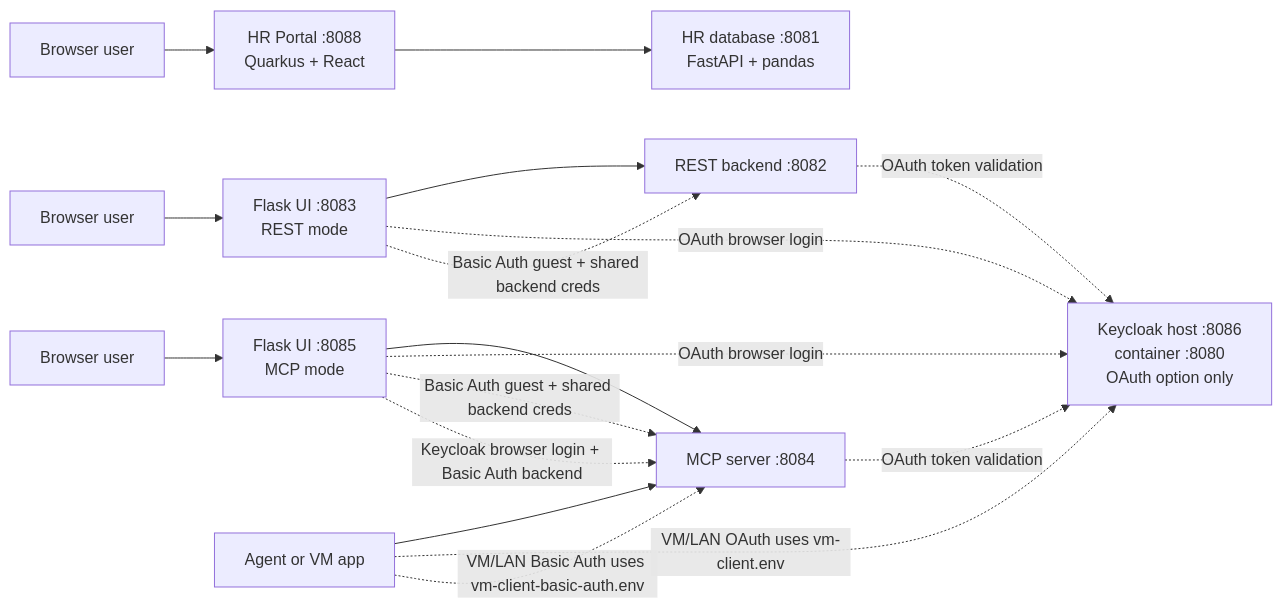
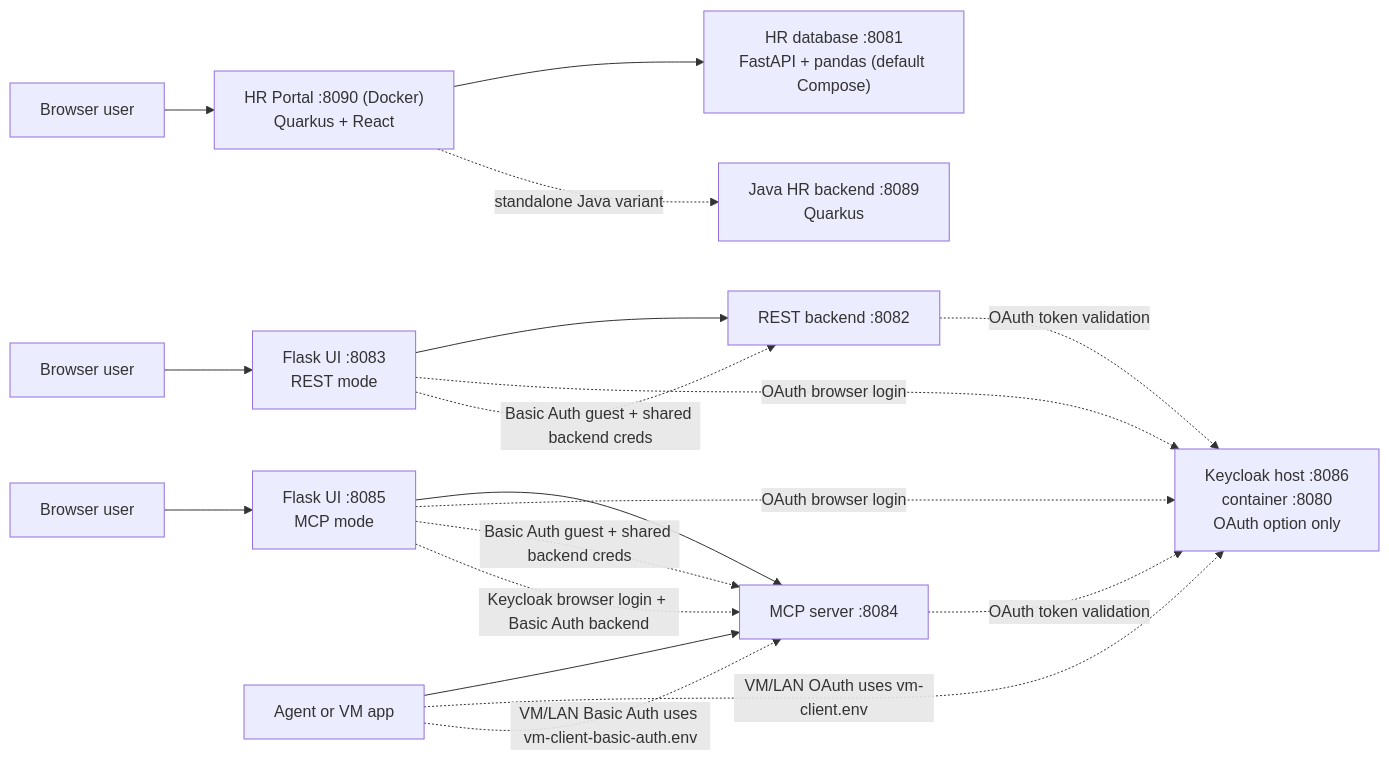
Before and after one commit to thomassuedbroecker/galaxium-travels-infrastructure-tsuedbro: the diagram in README.md, drawn with Mermaid. The commit also changed other lines of this file and 10 other files, not shown here.

First line of the commit message:
docs: align setup and architecture guides with current HR services

````diff
--- a/README.md
+++ b/README.md
@@ -52,19 +52,20 @@
 ```mermaid
 flowchart LR
     Browser1["Browser user"] --> UIREST["Flask UI :8083<br/>REST mode"]
     Browser2["Browser user"] --> UIMCP["Flask UI :8085<br/>MCP mode"]
-    Browser3["Browser user"] --> HRUI["HR Portal :8088<br/>Quarkus + React"]
+    Browser3["Browser user"] --> HRUI["HR Portal :8090 (Docker)<br/>Quarkus + React"]
     Agent["Agent or VM app"] --> MCP["MCP server :8084"]
     UIREST --> REST["REST backend :8082"]
     UIMCP --> MCP
-    HRUI --> HRAPI["HR database :8081<br/>FastAPI + pandas"]
+    HRUI --> HRAPI["HR database :8081<br/>FastAPI + pandas (default Compose)"]
+    HRUI -. "standalone Java variant" .-> HRJAVA["Java HR backend :8089<br/>Quarkus"]
     UIREST -. "OAuth browser login" .-> KC["Keycloak host :8086<br/>container :8080<br/>OAuth option only"]
     UIMCP -. "OAuth browser login" .-> KC
     REST -. "OAuth token validation" .-> KC
     MCP -. "OAuth token validation" .-> KC
     UIREST -. "Basic Auth guest + shared backend creds" .-> REST
     UIMCP -. "Basic Auth guest + shared backend creds" .-> MCP
     UIMCP -. "Keycloak browser login + Basic Auth backend" .-> MCP
     Agent -. "VM/LAN OAuth uses vm-client.env" .-> KC
     Agent -. "VM/LAN Basic Auth uses vm-client-basic-auth.env" .-> MCP
 ```
````
